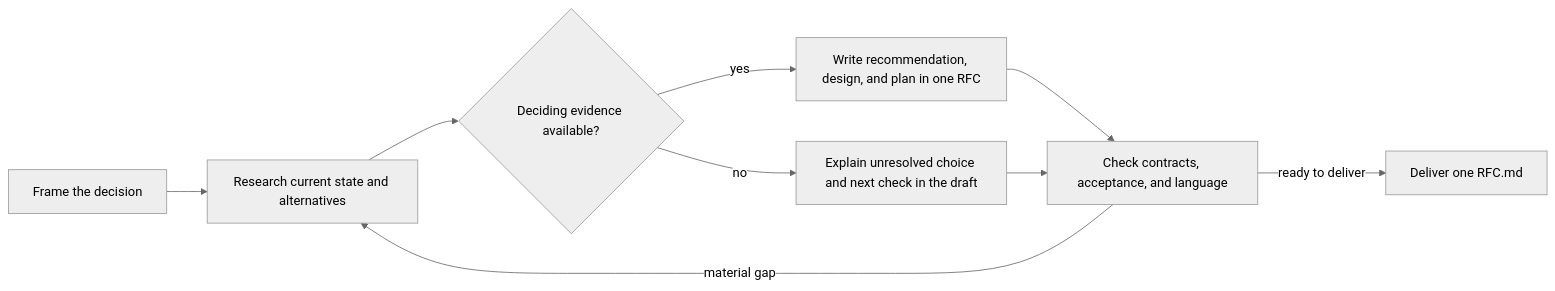
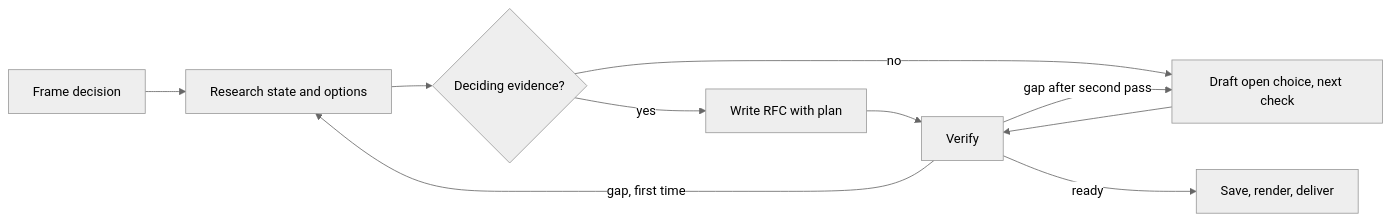
The diagram in skills/octocode-rfc-generator/SKILL.md (bgauryy/octocode-mcp), drawn with Mermaid (neutral theme) before and after one commit. The commit also changed other lines of this file and 980 other files, not shown here.

````diff
--- a/skills/octocode-rfc-generator/SKILL.md
+++ b/skills/octocode-rfc-generator/SKILL.md
@@ -10,11 +10,12 @@
 ```mermaid
 flowchart LR
-  Q[Frame the decision] --> R[Research current state and alternatives]
-  R --> D{Deciding evidence available?}
-  D -- yes --> W[Write recommendation, design, and plan in one RFC]
-  D -- no --> B[Explain unresolved choice and next check in the draft]
-  W --> V[Check contracts, acceptance, and language]
+  Q[Frame decision] --> R[Research state and options]
+  R --> D{Deciding evidence?}
+  D -- yes --> W[Write RFC with plan]
+  D -- no --> B[Draft open choice, next check]
+  W --> V[Verify]
   B --> V
-  V -- material gap --> R
-  V -- ready to deliver --> O[Deliver one RFC.md]
+  V -- "gap, first time" --> R
+  V -- "gap after second pass" --> B
+  V -- ready --> O[Save, render, deliver]
 ```
````
